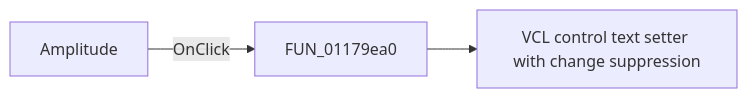
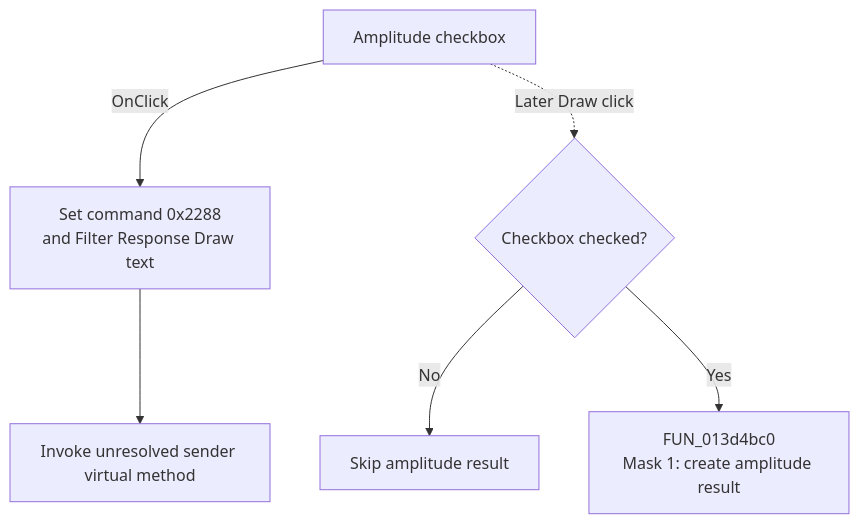
One commit to MovGP0/TIARA changed the diagram in docs/ui-controls/response-form1/amplitudocheckbox1-5eb8accfc1.md. Above: the diagram before and after it, drawn with Mermaid. The commit also changed other lines of this file and 1062 other files, not shown here.

````diff
--- a/docs/ui-controls/response-form1/amplitudocheckbox1-5eb8accfc1.md
+++ b/docs/ui-controls/response-form1/amplitudocheckbox1-5eb8accfc1.md
@@ -27,5 +29,8 @@
 ```mermaid
-flowchart LR
-    control["Amplitude"] -->|OnClick| handler["FUN_01179ea0"]
-    handler --> call1["VCL control text setter with change suppression"]
+flowchart TD
+    control["Amplitude checkbox"] -->|OnClick| context["Set command 0x2288<br/>and Filter Response Draw text"]
+    context --> virtual["Invoke unresolved sender virtual method"]
+    control -. "Later Draw click" .-> checked{"Checkbox checked?"}
+    checked -->|No| skip["Skip amplitude result"]
+    checked -->|Yes| output["FUN_013d4bc0<br/>Mask 1: create amplitude result"]
 ```
````
